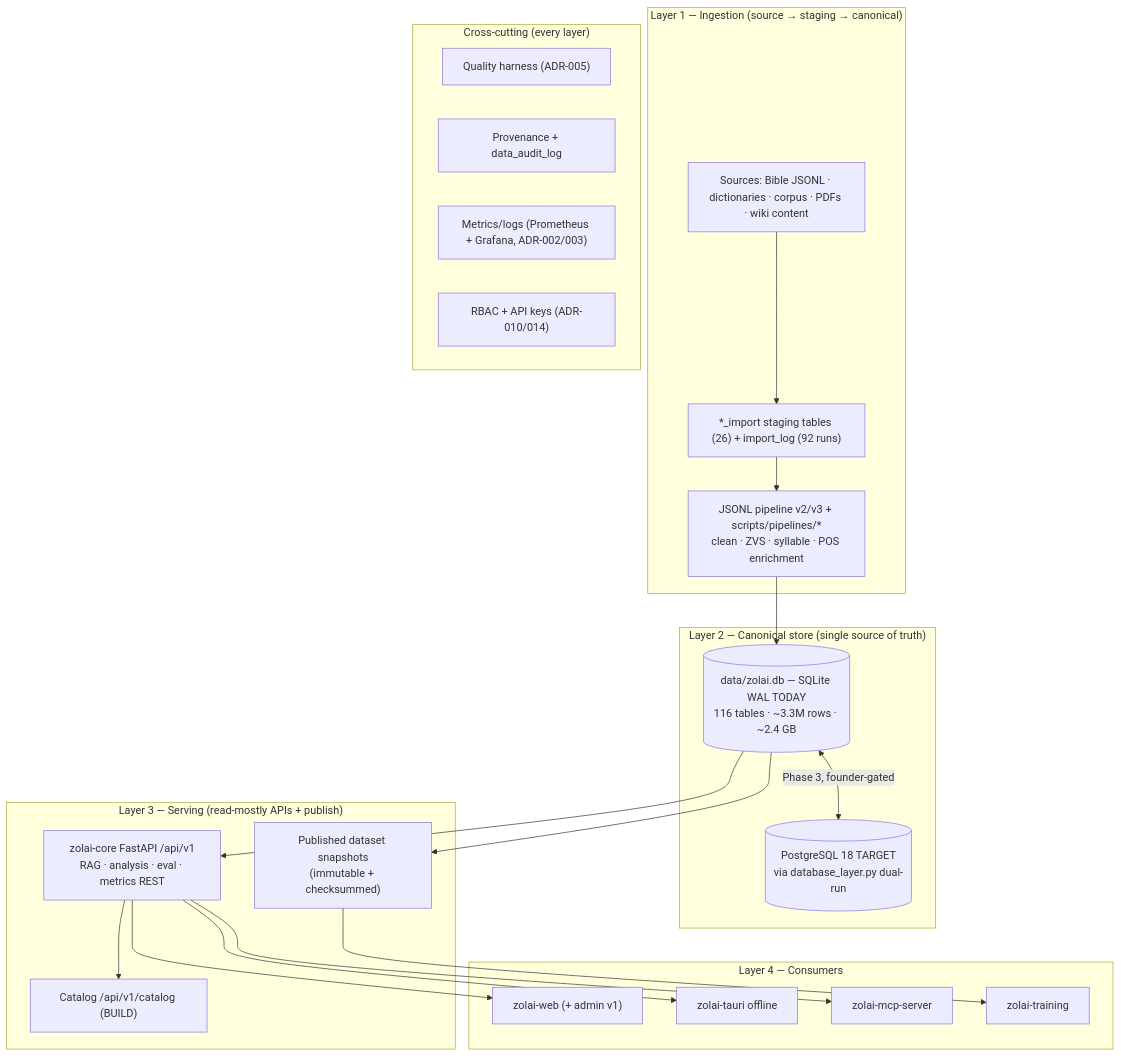
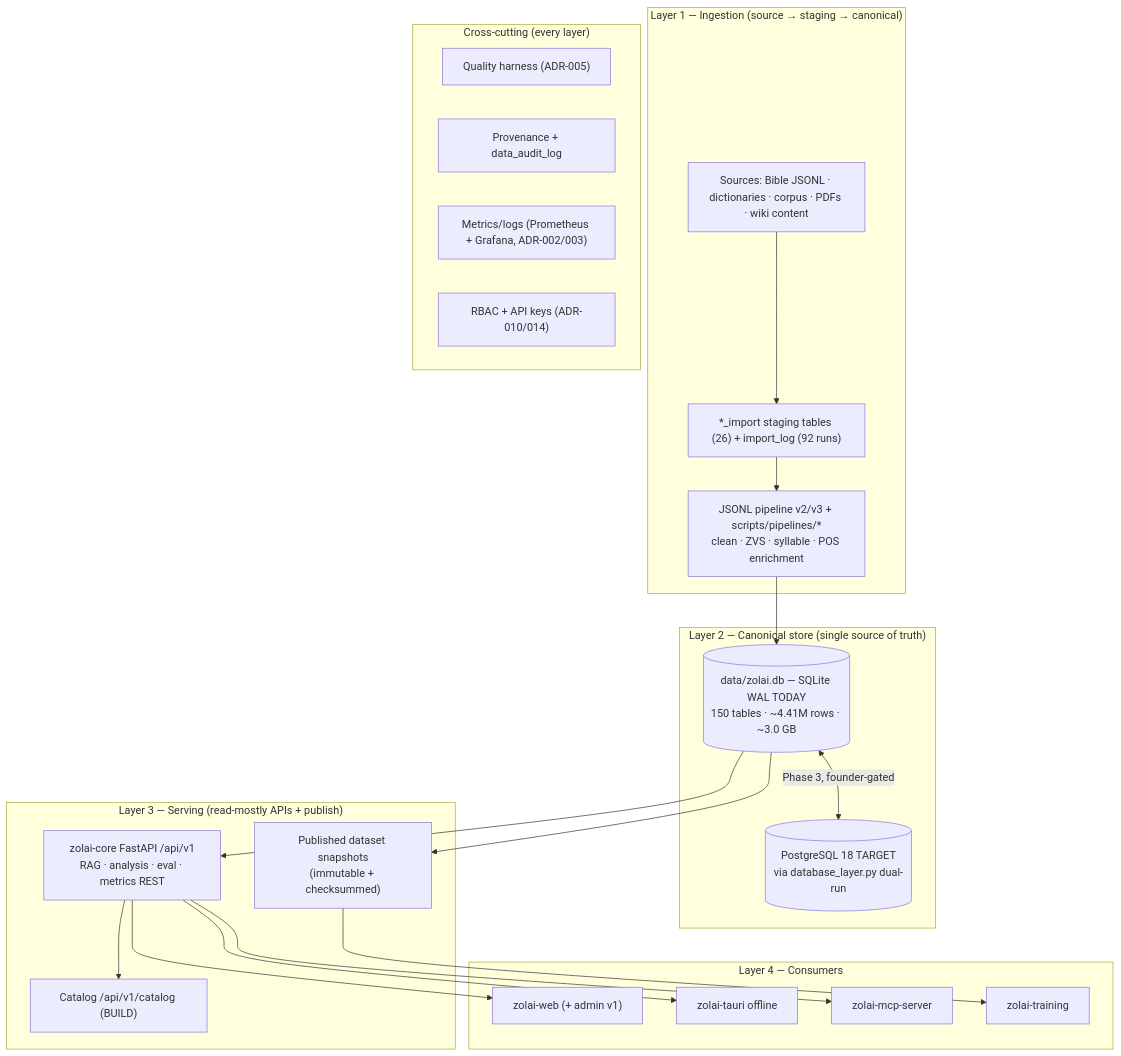
Before and after one commit to Zolai-AI/.github: the diagram in docs/architecture/data-platform.md, drawn with Mermaid. The commit also changed 13 other files, not shown here.

````diff
--- a/docs/architecture/data-platform.md
+++ b/docs/architecture/data-platform.md
@@ -18,44 +18,44 @@
 ```mermaid
 flowchart TB
   subgraph L1["Layer 1 — Ingestion (source → staging → canonical)"]
     SRC["Sources: Bible JSONL · dictionaries · corpus · PDFs · wiki content"]
     IMP["*_import staging tables (26) + import_log (92 runs)"]
     PIPE["JSONL pipeline v2/v3 + scripts/pipelines/*<br/>clean · ZVS · syllable · POS enrichment"]
     SRC --> IMP --> PIPE
   end
 
   subgraph L2["Layer 2 — Canonical store (single source of truth)"]
-    CAN[("data/zolai.db — SQLite WAL TODAY<br/>116 tables · ~3.3M rows · ~2.4 GB")]
+    CAN[("data/zolai.db — SQLite WAL TODAY<br/>150 tables · ~4.41M rows · ~3.0 GB")]
     TARGET[("PostgreSQL 18 TARGET<br/>via database_layer.py dual-run")]
     CAN <-->|"Phase 3, founder-gated"| TARGET
   end
 
   subgraph L3["Layer 3 — Serving (read-mostly APIs + publish)"]
     API["zolai-core FastAPI /api/v1<br/>RAG · analysis · eval · metrics REST"]
     CAT["Catalog /api/v1/catalog (BUILD)"]
     PUBL["Published dataset snapshots<br/>(immutable + checksummed)"]
   end
 
   subgraph L4["Layer 4 — Consumers"]
     WEB3["zolai-web (+ admin v1)"]
     TAURI3["zolai-tauri offline"]
     MCP3["zolai-mcp-server"]
     TRAIN3["zolai-training"]
   end
 
   PIPE --> CAN
   CAN --> API
   CAN --> PUBL
   API --> CAT
   API --> WEB3
   API --> TAURI3
   API --> MCP3
   PUBL --> TRAIN3
 
   subgraph X["Cross-cutting (every layer)"]
     Q["Quality harness (ADR-005)"]
     PV["Provenance + data_audit_log"]
     OV["Metrics/logs (Prometheus + Grafana, ADR-002/003)"]
     RB["RBAC + API keys (ADR-010/014)"]
   end
 ```
````
